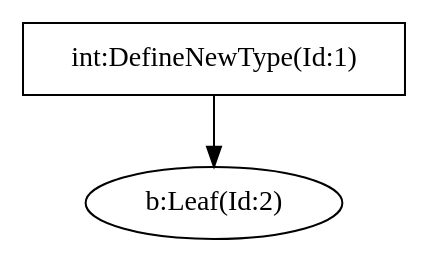
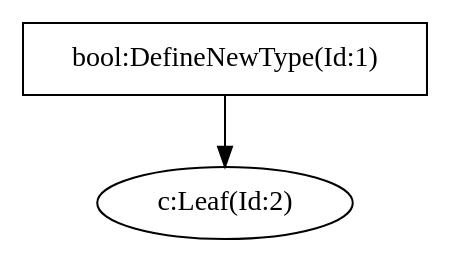
Before and after one commit to egoshin-igor/StateMachine: the diagram in Compiler/SyntacticalAnalyzerGenerator/LangFiles/astTree.dot, drawn with Graphviz. The commit also changed 19 other files, not shown here.

```diff
--- a/Compiler/SyntacticalAnalyzerGenerator/LangFiles/astTree.dot
+++ b/Compiler/SyntacticalAnalyzerGenerator/LangFiles/astTree.dot
@@ -1,1 +1,1 @@
-digraph G{"int:DefineNewType(Id:1)" [shape = box];"int:DefineNewType(Id:1)"->"b:Leaf(Id:2)";}
+digraph G{"bool:DefineNewType(Id:1)" [shape = box];"bool:DefineNewType(Id:1)"->"c:Leaf(Id:2)";}
```
